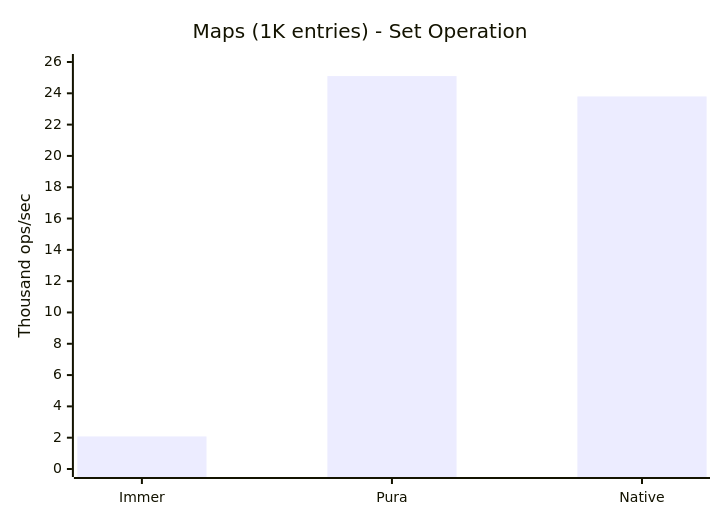
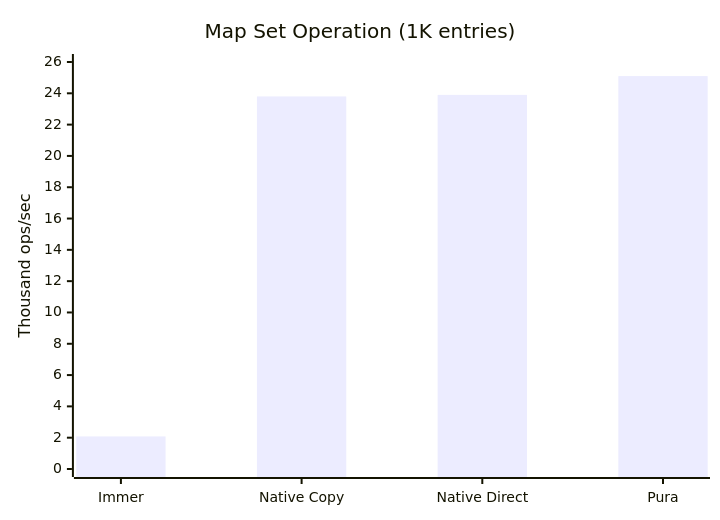
Before and after one commit to SylphxAI/pura: the fourth of 5 diagrams in README.md, drawn with Mermaid. The commit also changed other lines of this file, not shown here.

First line of the commit message:
docs(readme): replace speedup charts with absolute performance values

````diff
--- a/README.md
+++ b/README.md
@@ -284,13 +295,13 @@
 ```mermaid
 ---
 config:
   themeVariables:
     xyChart:
       backgroundColor: "transparent"
 ---
 xychart-beta
-    title "Maps (1K entries) - Set Operation"
-    x-axis ["Immer", "Pura", "Native"]
+    title "Map Set Operation (1K entries)"
+    x-axis ["Immer", "Native Copy", "Native Direct", "Pura"]
     y-axis "Thousand ops/sec" 0 --> 26
-    bar [2.08, 25.1, 23.8]
+    bar [2.08, 23.8, 23.9, 25.1]
 ```
````
